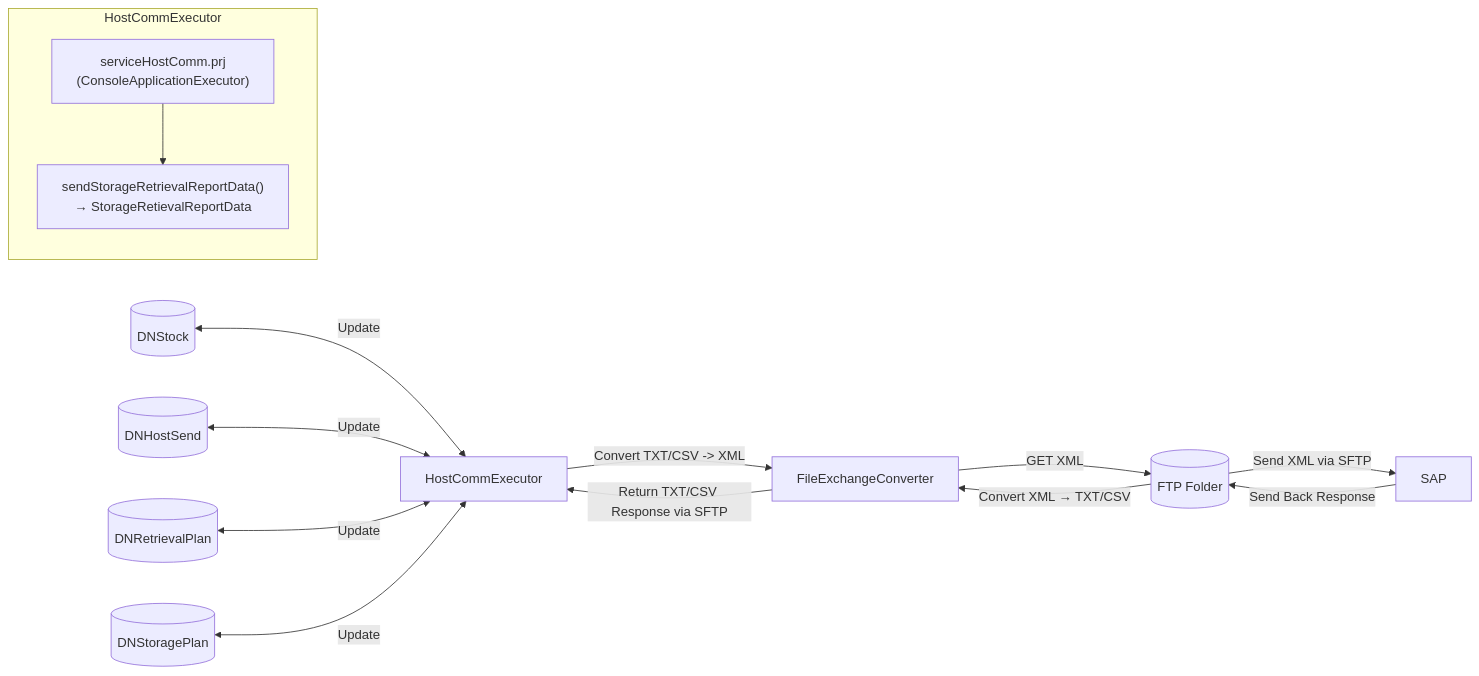
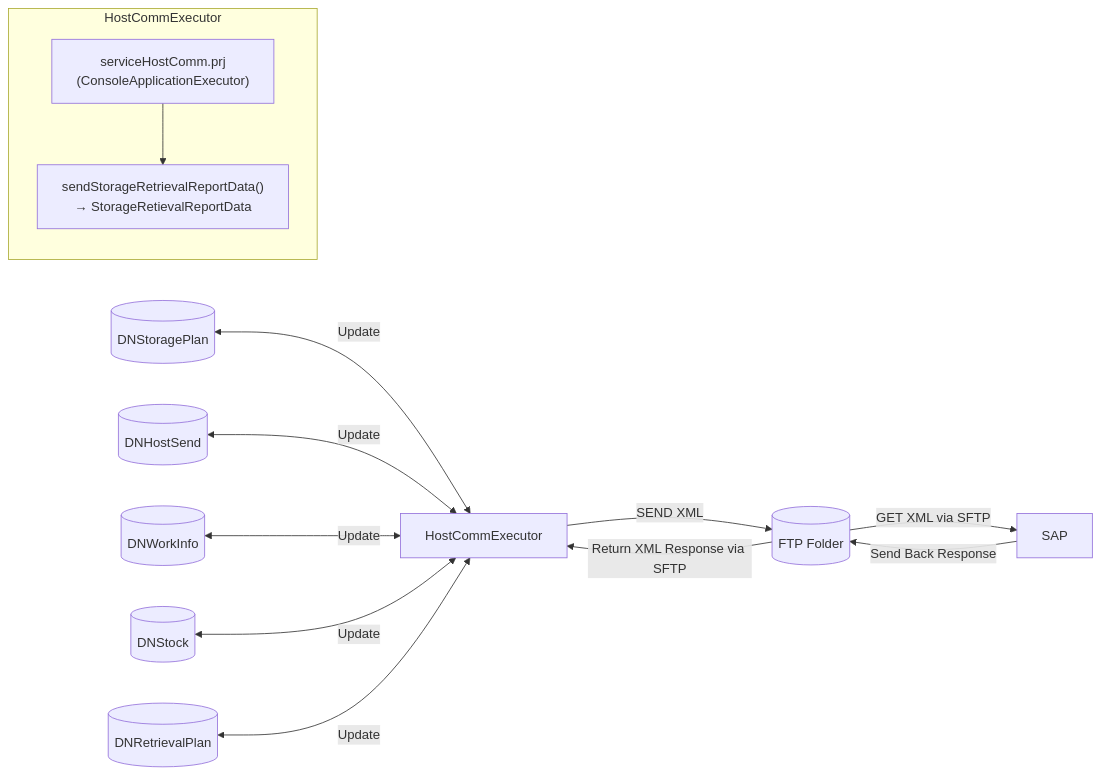
The diagram in Basic-Design/Host-Interfaces/Send-Method/Unplanned-Storage-and-Retrieval-Result.md (luthfiadityaa/SimeDarby-Wiki), drawn with Mermaid before and after one commit.

Commit message:
Updated Unplanned Storage and Retrieval Result

```diff
--- a/Basic-Design/Host-Interfaces/Send-Method/Unplanned-Storage-and-Retrieval-Result.md
+++ b/Basic-Design/Host-Interfaces/Send-Method/Unplanned-Storage-and-Retrieval-Result.md
@@ -11,19 +11,18 @@
 ::: mermaid
 flowchart LR
-    A[HostCommExecutor] -->|Convert TXT/CSV -> XML| B[FileExchangeConverter]
-    B -->|GET XML| C[(FTP Folder)]
-    C -->|Send XML via SFTP| D[SAP]
+    A[HostCommExecutor] --> |SEND XML| C[(FTP Folder)]
+    C -->|GET XML via SFTP| D[SAP]
     D -->|Send Back Response| C
-    C -->|Convert XML → TXT/CSV| B
-    B -->|Return TXT/CSV Response via SFTP| A
-    E[(DNStock)] <--> |Update| A
+    C -->|Return XML Response via SFTP| A
+    E[(DNStoragePlan)] <--> |Update| A
     F[(DNHostSend)] <--> |Update| A
-    G[(DNRetrievalPlan)] <--> |Update| A
-    H[(DNStoragePlan)] <--> |Update| A
+    G[(DNWorkInfo)] <--> |Update| A
+    H[(DNStock)] <--> |Update| A
+    I[(DNRetrievalPlan)] <--> |Update| A
 
      subgraph HostCommExecutor
         C1["serviceHostComm.prj<br>(ConsoleApplicationExecutor)"]
         C2["sendStorageRetrievalReportData()<br>→ StorageRetievalReportData"]
         C1 --> C2
     end
 :::
```
